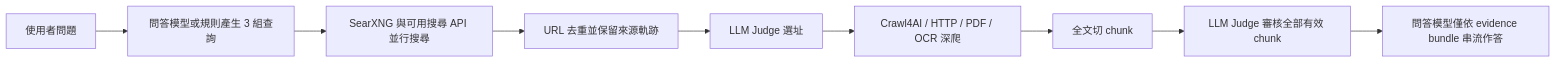
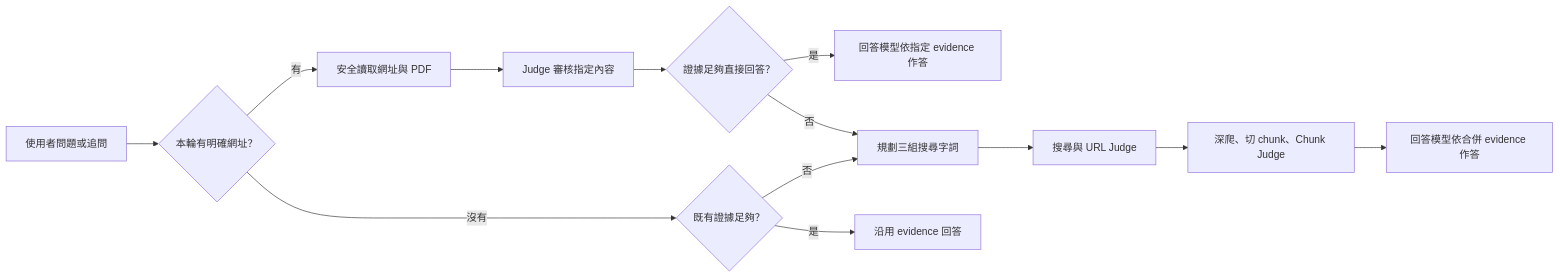
The diagram in README.md (kuanfu0430/Simplex), drawn with Mermaid before and after one commit. The commit also changed other lines of this file and 37 other files, not shown here.

````diff
--- a/README.md
+++ b/README.md
@@ -115,11 +19,15 @@
 ```mermaid
 flowchart LR
-  Q[使用者問題] --> P[問答模型或規則產生 3 組查詢]
-  P --> S[SearXNG 與可用搜尋 API 並行搜尋]
-  S --> D[URL 去重並保留來源軌跡]
-  D --> J[LLM Judge 選址]
-  J --> C[Crawl4AI / HTTP / PDF / OCR 深爬]
-  C --> K[全文切 chunk]
-  K --> R[LLM Judge 審核全部有效 chunk]
-  R --> A[問答模型僅依 evidence bundle 串流作答]
+  Q[使用者問題或追問] --> U{本輪有明確網址？}
+  U -->|有| C[安全讀取網址與 PDF]
+  C --> J[Judge 審核指定內容]
+  J --> D{證據足夠直接回答？}
+  D -->|是| A[回答模型依指定 evidence 作答]
+  D -->|否| P[規劃三組搜尋字詞]
+  U -->|沒有| R{既有證據足夠？}
+  R -->|是| A2[沿用 evidence 回答]
+  R -->|否| P
+  P --> S[搜尋與 URL Judge]
+  S --> C2[深爬、切 chunk、Chunk Judge]
+  C2 --> A3[回答模型依合併 evidence 作答]
 ```
````
